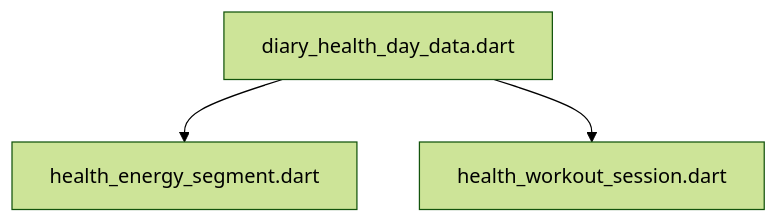
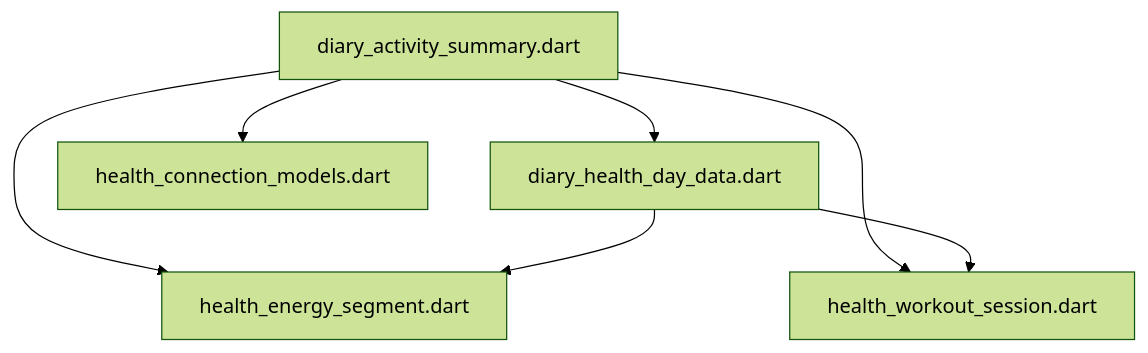
One commit to repinw/yamt changed the diagram in lib/features/health/domain/DEPS.md. Above: the diagram before and after it, drawn with Mermaid (forest theme). The commit also changed 255 other files, not shown here.

````diff
--- a/lib/features/health/domain/DEPS.md
+++ b/lib/features/health/domain/DEPS.md
@@ -6,5 +6,9 @@
 ```mermaid
 flowchart TD;
+diary_activity_summary.dart-->diary_health_day_data.dart;
+diary_activity_summary.dart-->health_connection_models.dart;
+diary_activity_summary.dart-->health_energy_segment.dart;
+diary_activity_summary.dart-->health_workout_session.dart;
 diary_health_day_data.dart-->health_energy_segment.dart;
 diary_health_day_data.dart-->health_workout_session.dart;
 ```
````
